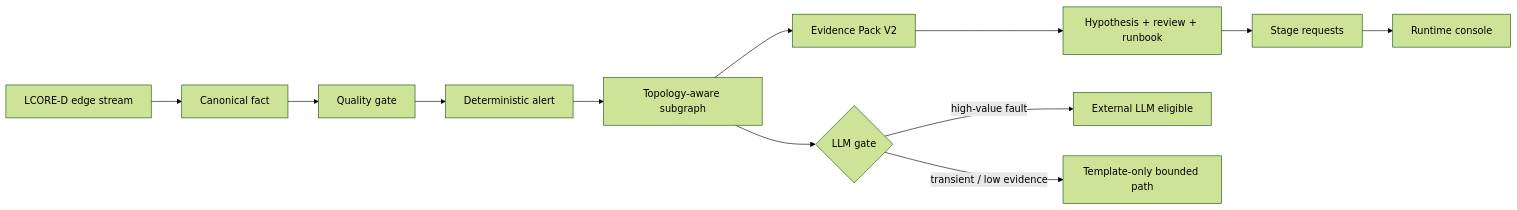
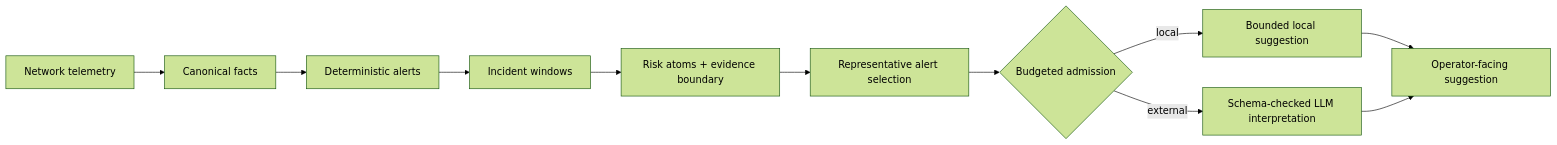
The diagram in README.md (Epochex/AiCS-NetopsDelimitation), drawn with Mermaid (forest theme) before and after one commit. The commit also changed other lines of this file and 8 other files, not shown here.

````diff
--- a/README.md
+++ b/README.md
@@ -20,15 +25,13 @@
 ```mermaid
 flowchart LR
-  A["LCORE-D edge stream"] --> B["Canonical fact"]
-  B --> C["Quality gate"]
-  C --> D["Deterministic alert"]
-  D --> E["Topology-aware subgraph"]
-  E --> F["Evidence Pack V2"]
-  F --> G["Hypothesis + review + runbook"]
-  G --> H["Stage requests"]
-  H --> I["Runtime console"]
-
-  E --> J{"LLM gate"}
-  J -->|"high-value fault"| K["External LLM eligible"]
-  J -->|"transient / low evidence"| L["Template-only bounded path"]
+  A["Network telemetry"] --> B["Canonical facts"]
+  B --> C["Deterministic alerts"]
+  C --> D["Incident windows"]
+  D --> E["Risk atoms + evidence boundary"]
+  E --> F["Representative alert selection"]
+  F --> G{"Budgeted admission"}
+  G -->|"local"| H["Bounded local suggestion"]
+  G -->|"external"| I["Schema-checked LLM interpretation"]
+  H --> J["Operator-facing suggestion"]
+  I --> J
 ```
````
